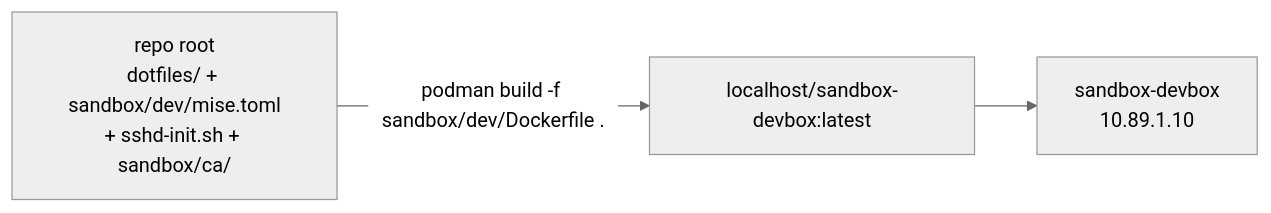
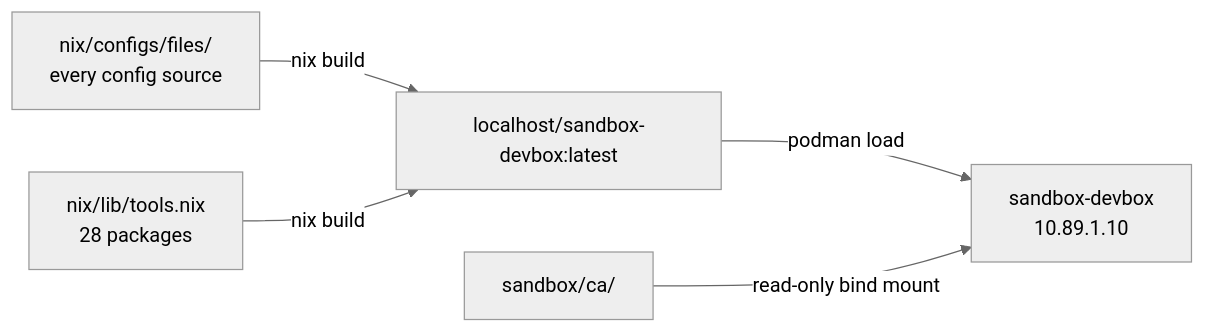
The diagram in sandbox/dev/README.md (TreeHappy/Worktainer), drawn with Mermaid (neutral theme) before and after one commit. The commit also changed other lines of this file and 18 other files, not shown here.

````diff
--- a/sandbox/dev/README.md
+++ b/sandbox/dev/README.md
@@ -11,5 +8,7 @@
 ```mermaid
 flowchart LR
-    DOT["repo root<br/>dotfiles/ + sandbox/dev/mise.toml<br/>+ sshd-init.sh + sandbox/ca/"] -->|"podman build -f sandbox/dev/Dockerfile ."| IMG["localhost/sandbox-devbox:latest"]
-    IMG --> BOX["sandbox-devbox<br/>10.89.1.10"]
+    CFG["nix/configs/files/<br/>every config source"] -->|"nix build"| IMG["localhost/sandbox-devbox:latest"]
+    TOOLS["nix/lib/tools.nix<br/>28 packages"] -->|"nix build"| IMG
+    IMG -->|"podman load"| BOX["sandbox-devbox<br/>10.89.1.10"]
+    CA["sandbox/ca/"] -->|"read-only bind mount"| BOX
 ```
````
